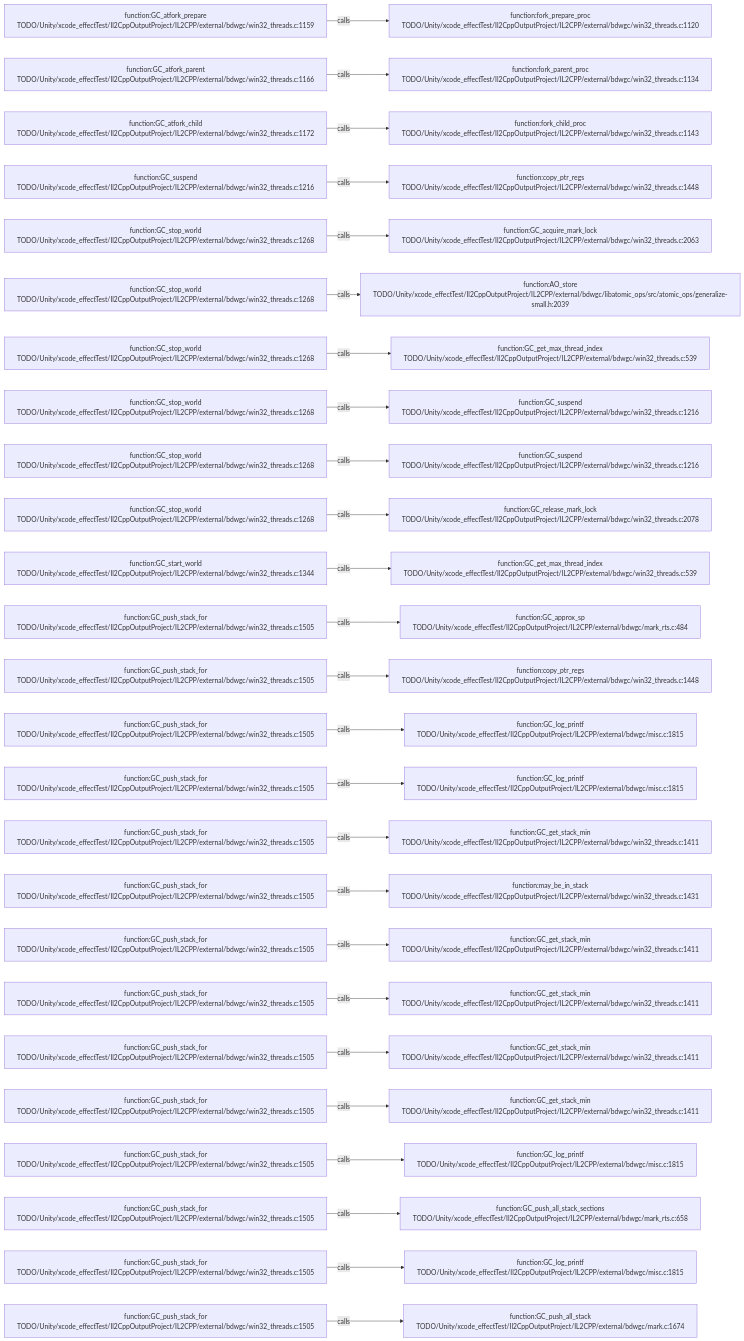
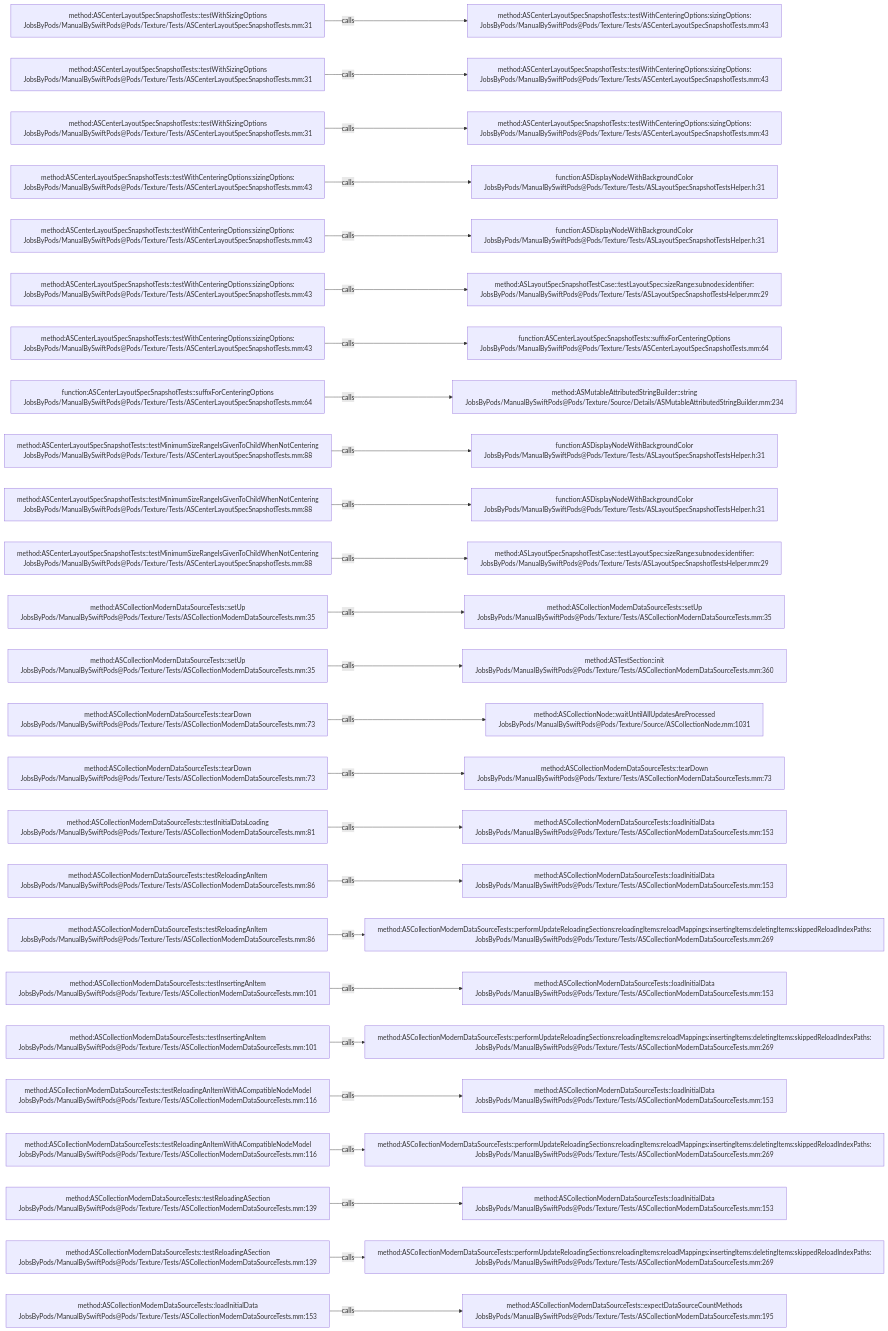
The diagram in .codegraph/codegraph.md/graphs/calls-186.md (JobsKits/JobsSwiftBaseConfigDemo), drawn with Mermaid before and after one commit. The commit also changed 2959 other files, not shown here.

````diff
--- a/.codegraph/codegraph.md/graphs/calls-186.md
+++ b/.codegraph/codegraph.md/graphs/calls-186.md
@@ -13,78 +13,78 @@
 ```mermaid
 flowchart LR
-  S1["function:GC_atfork_prepare<br/>TODO/Unity/xcode_effectTest/Il2CppOutputProject/IL2CPP/external/bdwgc/win32_threads.c:1159"]
-  T1["function:fork_prepare_proc<br/>TODO/Unity/xcode_effectTest/Il2CppOutputProject/IL2CPP/external/bdwgc/win32_threads.c:1120"]
+  S1["method:ASCenterLayoutSpecSnapshotTests::testWithSizingOptions<br/>JobsByPods/ManualBySwiftPods@Pods/Texture/Tests/ASCenterLayoutSpecSnapshotTests.mm:31"]
+  T1["method:ASCenterLayoutSpecSnapshotTests::testWithCenteringOptions:sizingOptions:<br/>JobsByPods/ManualBySwiftPods@Pods/Texture/Tests/ASCenterLayoutSpecSnapshotTests.mm:43"]
   S1 -->|calls| T1
-  S2["function:GC_atfork_parent<br/>TODO/Unity/xcode_effectTest/Il2CppOutputProject/IL2CPP/external/bdwgc/win32_threads.c:1166"]
-  T2["function:fork_parent_proc<br/>TODO/Unity/xcode_effectTest/Il2CppOutputProject/IL2CPP/external/bdwgc/win32_threads.c:1134"]
+  S2["method:ASCenterLayoutSpecSnapshotTests::testWithSizingOptions<br/>JobsByPods/ManualBySwiftPods@Pods/Texture/Tests/ASCenterLayoutSpecSnapshotTests.mm:31"]
+  T2["method:ASCenterLayoutSpecSnapshotTests::testWithCenteringOptions:sizingOptions:<br/>JobsByPods/ManualBySwiftPods@Pods/Texture/Tests/ASCenterLayoutSpecSnapshotTests.mm:43"]
   S2 -->|calls| T2
-  S3["function:GC_atfork_child<br/>TODO/Unity/xcode_effectTest/Il2CppOutputProject/IL2CPP/external/bdwgc/win32_threads.c:1172"]
-  T3["function:fork_child_proc<br/>TODO/Unity/xcode_effectTest/Il2CppOutputProject/IL2CPP/external/bdwgc/win32_threads.c:1143"]
+  S3["method:ASCenterLayoutSpecSnapshotTests::testWithSizingOptions<br/>JobsByPods/ManualBySwiftPods@Pods/Texture/Tests/ASCenterLayoutSpecSnapshotTests.mm:31"]
+  T3["method:ASCenterLayoutSpecSnapshotTests::testWithCenteringOptions:sizingOptions:<br/>JobsByPods/ManualBySwiftPods@Pods/Texture/Tests/ASCenterLayoutSpecSnapshotTests.mm:43"]
   S3 -->|calls| T3
-  S4["function:GC_suspend<br/>TODO/Unity/xcode_effectTest/Il2CppOutputProject/IL2CPP/external/bdwgc/win32_threads.c:1216"]
-  T4["function:copy_ptr_regs<br/>TODO/Unity/xcode_effectTest/Il2CppOutputProject/IL2CPP/external/bdwgc/win32_threads.c:1448"]
+  S4["method:ASCenterLayoutSpecSnapshotTests::testWithCenteringOptions:sizingOptions:<br/>JobsByPods/ManualBySwiftPods@Pods/Texture/Tests/ASCenterLayoutSpecSnapshotTests.mm:43"]
+  T4["function:ASDisplayNodeWithBackgroundColor<br/>JobsByPods/ManualBySwiftPods@Pods/Texture/Tests/ASLayoutSpecSnapshotTestsHelper.h:31"]
   S4 -->|calls| T4
-  S5["function:GC_stop_world<br/>TODO/Unity/xcode_effectTest/Il2CppOutputProject/IL2CPP/external/bdwgc/win32_threads.c:1268"]
-  T5["function:GC_acquire_mark_lock<br/>TODO/Unity/xcode_effectTest/Il2CppOutputProject/IL2CPP/external/bdwgc/win32_threads.c:2063"]
+  S5["method:ASCenterLayoutSpecSnapshotTests::testWithCenteringOptions:sizingOptions:<br/>JobsByPods/ManualBySwiftPods@Pods/Texture/Tests/ASCenterLayoutSpecSnapshotTests.mm:43"]
+  T5["function:ASDisplayNodeWithBackgroundColor<br/>JobsByPods/ManualBySwiftPods@Pods/Texture/Tests/ASLayoutSpecSnapshotTestsHelper.h:31"]
   S5 -->|calls| T5
-  S6["function:GC_stop_world<br/>TODO/Unity/xcode_effectTest/Il2CppOutputProject/IL2CPP/external/bdwgc/win32_threads.c:1268"]
-  T6["function:AO_store<br/>TODO/Unity/xcode_effectTest/Il2CppOutputProject/IL2CPP/external/bdwgc/libatomic_ops/src/atomic_ops/generalize-small.h:2039"]
+  S6["method:ASCenterLayoutSpecSnapshotTests::testWithCenteringOptions:sizingOptions:<br/>JobsByPods/ManualBySwiftPods@Pods/Texture/Tests/ASCenterLayoutSpecSnapshotTests.mm:43"]
+  T6["method:ASLayoutSpecSnapshotTestCase::testLayoutSpec:sizeRange:subnodes:identifier:<br/>JobsByPods/ManualBySwiftPods@Pods/Texture/Tests/ASLayoutSpecSnapshotTestsHelper.mm:29"]
   S6 -->|calls| T6
-  S7["function:GC_stop_world<br/>TODO/Unity/xcode_effectTest/Il2CppOutputProject/IL2CPP/external/bdwgc/win32_threads.c:1268"]
-  T7["function:GC_get_max_thread_index<br/>TODO/Unity/xcode_effectTest/Il2CppOutputProject/IL2CPP/external/bdwgc/win32_threads.c:539"]
+  S7["method:ASCenterLayoutSpecSnapshotTests::testWithCenteringOptions:sizingOptions:<br/>JobsByPods/ManualBySwiftPods@Pods/Texture/Tests/ASCenterLayoutSpecSnapshotTests.mm:43"]
+  T7["function:ASCenterLayoutSpecSnapshotTests::suffixForCenteringOptions<br/>JobsByPods/ManualBySwiftPods@Pods/Texture/Tests/ASCenterLayoutSpecSnapshotTests.mm:64"]
   S7 -->|calls| T7
-  S8["function:GC_stop_world<br/>TODO/Unity/xcode_effectTest/Il2CppOutputProject/IL2CPP/external/bdwgc/win32_threads.c:1268"]
-  T8["function:GC_suspend<br/>TODO/Unity/xcode_effectTest/Il2CppOutputProject/IL2CPP/external/bdwgc/win32_threads.c:1216"]
+  S8["function:ASCenterLayoutSpecSnapshotTests::suffixForCenteringOptions<br/>JobsByPods/ManualBySwiftPods@Pods/Texture/Tests/ASCenterLayoutSpecSnapshotTests.mm:64"]
+  T8["method:ASMutableAttributedStringBuilder::string<br/>JobsByPods/ManualBySwiftPods@Pods/Texture/Source/Details/ASMutableAttributedStringBuilder.mm:234"]
   S8 -->|calls| T8
-  S9["function:GC_stop_world<br/>TODO/Unity/xcode_effectTest/Il2CppOutputProject/IL2CPP/external/bdwgc/win32_threads.c:1268"]
-  T9["function:GC_suspend<br/>TODO/Unity/xcode_effectTest/Il2CppOutputProject/IL2CPP/external/bdwgc/win32_threads.c:1216"]
+  S9["method:ASCenterLayoutSpecSnapshotTests::testMinimumSizeRangeIsGivenToChildWhenNotCentering<br/>JobsByPods/ManualBySwiftPods@Pods/Texture/Tests/ASCenterLayoutSpecSnapshotTests.mm:88"]
+  T9["function:ASDisplayNodeWithBackgroundColor<br/>JobsByPods/ManualBySwiftPods@Pods/Texture/Tests/ASLayoutSpecSnapshotTestsHelper.h:31"]
   S9 -->|calls| T9
-  S10["function:GC_stop_world<br/>TODO/Unity/xcode_effectTest/Il2CppOutputProject/IL2CPP/external/bdwgc/win32_threads.c:1268"]
-  T10["function:GC_release_mark_lock<br/>TODO/Unity/xcode_effectTest/Il2CppOutputProject/IL2CPP/external/bdwgc/win32_threads.c:2078"]
+  S10["method:ASCenterLayoutSpecSnapshotTests::testMinimumSizeRangeIsGivenToChildWhenNotCentering<br/>JobsByPods/ManualBySwiftPods@Pods/Texture/Tests/ASCenterLayoutSpecSnapshotTests.mm:88"]
+  T10["function:ASDisplayNodeWithBackgroundColor<br/>JobsByPods/ManualBySwiftPods@Pods/Texture/Tests/ASLayoutSpecSnapshotTestsHelper.h:31"]
   S10 -->|calls| T10
-  S11["function:GC_start_world<br/>TODO/Unity/xcode_effectTest/Il2CppOutputProject/IL2CPP/external/bdwgc/win32_threads.c:1344"]
-  T11["function:GC_get_max_thread_index<br/>TODO/Unity/xcode_effectTest/Il2CppOutputProject/IL2CPP/external/bdwgc/win32_threads.c:539"]
+  S11["method:ASCenterLayoutSpecSnapshotTests::testMinimumSizeRangeIsGivenToChildWhenNotCentering<br/>JobsByPods/ManualBySwiftPods@Pods/Texture/Tests/ASCenterLayoutSpecSnapshotTests.mm:88"]
+  T11["method:ASLayoutSpecSnapshotTestCase::testLayoutSpec:sizeRange:subnodes:identifier:<br/>JobsByPods/ManualBySwiftPods@Pods/Texture/Tests/ASLayoutSpecSnapshotTestsHelper.mm:29"]
   S11 -->|calls| T11
-  S12["function:GC_push_stack_for<br/>TODO/Unity/xcode_effectTest/Il2CppOutputProject/IL2CPP/external/bdwgc/win32_threads.c:1505"]
-  T12["function:GC_approx_sp<br/>TODO/Unity/xcode_effectTest/Il2CppOutputProject/IL2CPP/external/bdwgc/mark_rts.c:484"]
+  S12["method:ASCollectionModernDataSourceTests::setUp<br/>JobsByPods/ManualBySwiftPods@Pods/Texture/Tests/ASCollectionModernDataSourceTests.mm:35"]
+  T12["method:ASCollectionModernDataSourceTests::setUp<br/>JobsByPods/ManualBySwiftPods@Pods/Texture/Tests/ASCollectionModernDataSourceTests.mm:35"]
   S12 -->|calls| T12
-  S13["function:GC_push_stack_for<br/>TODO/Unity/xcode_effectTest/Il2CppOutputProject/IL2CPP/external/bdwgc/win32_threads.c:1505"]
-  T13["function:copy_ptr_regs<br/>TODO/Unity/xcode_effectTest/Il2CppOutputProject/IL2CPP/external/bdwgc/win32_threads.c:1448"]
+  S13["method:ASCollectionModernDataSourceTests::setUp<br/>JobsByPods/ManualBySwiftPods@Pods/Texture/Tests/ASCollectionModernDataSourceTests.mm:35"]
+  T13["method:ASTestSection::init<br/>JobsByPods/ManualBySwiftPods@Pods/Texture/Tests/ASCollectionModernDataSourceTests.mm:360"]
   S13 -->|calls| T13
-  S14["function:GC_push_stack_for<br/>TODO/Unity/xcode_effectTest/Il2CppOutputProject/IL2CPP/external/bdwgc/win32_threads.c:1505"]
-  T14["function:GC_log_printf<br/>TODO/Unity/xcode_effectTest/Il2CppOutputProject/IL2CPP/external/bdwgc/misc.c:1815"]
+  S14["method:ASCollectionModernDataSourceTests::tearDown<br/>JobsByPods/ManualBySwiftPods@Pods/Texture/Tests/ASCollectionModernDataSourceTests.mm:73"]
+  T14["method:ASCollectionNode::waitUntilAllUpdatesAreProcessed<br/>JobsByPods/ManualBySwiftPods@Pods/Texture/Source/ASCollectionNode.mm:1031"]
   S14 -->|calls| T14
-  S15["function:GC_push_stack_for<br/>TODO/Unity/xcode_effectTest/Il2CppOutputProject/IL2CPP/external/bdwgc/win32_threads.c:1505"]
-  T15["function:GC_log_printf<br/>TODO/Unity/xcode_effectTest/Il2CppOutputProject/IL2CPP/external/bdwgc/misc.c:1815"]
+  S15["method:ASCollectionModernDataSourceTests::tearDown<br/>JobsByPods/ManualBySwiftPods@Pods/Texture/Tests/ASCollectionModernDataSourceTests.mm:73"]
+  T15["method:ASCollectionModernDataSourceTests::tearDown<br/>JobsByPods/ManualBySwiftPods@Pods/Texture/Tests/ASCollectionModernDataSourceTests.mm:73"]
   S15 -->|calls| T15
-  S16["function:GC_push_stack_for<br/>TODO/Unity/xcode_effectTest/Il2CppOutputProject/IL2CPP/external/bdwgc/win32_threads.c:1505"]
-  T16["function:GC_get_stack_min<br/>TODO/Unity/xcode_effectTest/Il2CppOutputProject/IL2CPP/external/bdwgc/win32_threads.c:1411"]
+  S16["method:ASCollectionModernDataSourceTests::testInitialDataLoading<br/>JobsByPods/ManualBySwiftPods@Pods/Texture/Tests/ASCollectionModernDataSourceTests.mm:81"]
+  T16["method:ASCollectionModernDataSourceTests::loadInitialData<br/>JobsByPods/ManualBySwiftPods@Pods/Texture/Tests/ASCollectionModernDataSourceTests.mm:153"]
   S16 -->|calls| T16
-  S17["function:GC_push_stack_for<br/>TODO/Unity/xcode_effectTest/Il2CppOutputProject/IL2CPP/external/bdwgc/win32_threads.c:1505"]
-  T17["function:may_be_in_stack<br/>TODO/Unity/xcode_effectTest/Il2CppOutputProject/IL2CPP/external/bdwgc/win32_threads.c:1431"]
+  S17["method:ASCollectionModernDataSourceTests::testReloadingAnItem<br/>JobsByPods/ManualBySwiftPods@Pods/Texture/Tests/ASCollectionModernDataSourceTests.mm:86"]
+  T17["method:ASCollectionModernDataSourceTests::loadInitialData<br/>JobsByPods/ManualBySwiftPods@Pods/Texture/Tests/ASCollectionModernDataSourceTests.mm:153"]
   S17 -->|calls| T17
-  S18["function:GC_push_stack_for<br/>TODO/Unity/xcode_effectTest/Il2CppOutputProject/IL2CPP/external/bdwgc/win32_threads.c:1505"]
-  T18["function:GC_get_stack_min<br/>TODO/Unity/xcode_effectTest/Il2CppOutputProject/IL2CPP/external/bdwgc/win32_threads.c:1411"]
+  S18["method:ASCollectionModernDataSourceTests::testReloadingAnItem<br/>JobsByPods/ManualBySwiftPods@Pods/Texture/Tests/ASCollectionModernDataSourceTests.mm:86"]
+  T18["method:ASCollectionModernDataSourceTests::performUpdateReloadingSections:reloadingItems:reloadMappings:insertingItems:deletingItems:skippedReloadIndexPaths:<br/>JobsByPods/ManualBySwiftPods@Pods/Texture/Tests/ASCollectionModernDataSourceTests.mm:269"]
   S18 -->|calls| T18
-  S19["function:GC_push_stack_for<br/>TODO/Unity/xcode_effectTest/Il2CppOutputProject/IL2CPP/external/bdwgc/win32_threads.c:1505"]
-  T19["function:GC_get_stack_min<br/>TODO/Unity/xcode_effectTest/Il2CppOutputProject/IL2CPP/external/bdwgc/win32_threads.c:1411"]
+  S19["method:ASCollectionModernDataSourceTests::testInsertingAnItem<br/>JobsByPods/ManualBySwiftPods@Pods/Texture/Tests/ASCollectionModernDataSourceTests.mm:101"]
+  T19["method:ASCollectionModernDataSourceTests::loadInitialData<br/>JobsByPods/ManualBySwiftPods@Pods/Texture/Tests/ASCollectionModernDataSourceTests.mm:153"]
   S19 -->|calls| T19
-  S20["function:GC_push_stack_for<br/>TODO/Unity/xcode_effectTest/Il2CppOutputProject/IL2CPP/external/bdwgc/win32_threads.c:1505"]
-  T20["function:GC_get_stack_min<br/>TODO/Unity/xcode_effectTest/Il2CppOutputProject/IL2CPP/external/bdwgc/win32_threads.c:1411"]
+  S20["method:ASCollectionModernDataSourceTests::testInsertingAnItem<br/>JobsByPods/ManualBySwiftPods@Pods/Texture/Tests/ASCollectionModernDataSourceTests.mm:101"]
+  T20["method:ASCollectionModernDataSourceTests::performUpdateReloadingSections:reloadingItems:reloadMappings:insertingItems:deletingItems:skippedReloadIndexPaths:<br/>JobsByPods/ManualBySwiftPods@Pods/Texture/Tests/ASCollectionModernDataSourceTests.mm:269"]
   S20 -->|calls| T20
-  S21["function:GC_push_stack_for<br/>TODO/Unity/xcode_effectTest/Il2CppOutputProject/IL2CPP/external/bdwgc/win32_threads.c:1505"]
-  T21["function:GC_get_stack_min<br/>TODO/Unity/xcode_effectTest/Il2CppOutputProject/IL2CPP/external/bdwgc/win32_threads.c:1411"]
+  S21["method:ASCollectionModernDataSourceTests::testReloadingAnItemWithACompatibleNodeModel<br/>JobsByPods/ManualBySwiftPods@Pods/Texture/Tests/ASCollectionModernDataSourceTests.mm:116"]
+  T21["method:ASCollectionModernDataSourceTests::loadInitialData<br/>JobsByPods/ManualBySwiftPods@Pods/Texture/Tests/ASCollectionModernDataSourceTests.mm:153"]
   S21 -->|calls| T21
-  S22["function:GC_push_stack_for<br/>TODO/Unity/xcode_effectTest/Il2CppOutputProject/IL2CPP/external/bdwgc/win32_threads.c:1505"]
-  T22["function:GC_log_printf<br/>TODO/Unity/xcode_effectTest/Il2CppOutputProject/IL2CPP/external/bdwgc/misc.c:1815"]
+  S22["method:ASCollectionModernDataSourceTests::testReloadingAnItemWithACompatibleNodeModel<br/>JobsByPods/ManualBySwiftPods@Pods/Texture/Tests/ASCollectionModernDataSourceTests.mm:116"]
+  T22["method:ASCollectionModernDataSourceTests::performUpdateReloadingSections:reloadingItems:reloadMappings:insertingItems:deletingItems:skippedReloadIndexPaths:<br/>JobsByPods/ManualBySwiftPods@Pods/Texture/Tests/ASCollectionModernDataSourceTests.mm:269"]
   S22 -->|calls| T22
-  S23["function:GC_push_stack_for<br/>TODO/Unity/xcode_effectTest/Il2CppOutputProject/IL2CPP/external/bdwgc/win32_threads.c:1505"]
-  T23["function:GC_push_all_stack_sections<br/>TODO/Unity/xcode_effectTest/Il2CppOutputProject/IL2CPP/external/bdwgc/mark_rts.c:658"]
+  S23["method:ASCollectionModernDataSourceTests::testReloadingASection<br/>JobsByPods/ManualBySwiftPods@Pods/Texture/Tests/ASCollectionModernDataSourceTests.mm:139"]
+  T23["method:ASCollectionModernDataSourceTests::loadInitialData<br/>JobsByPods/ManualBySwiftPods@Pods/Texture/Tests/ASCollectionModernDataSourceTests.mm:153"]
   S23 -->|calls| T23
-  S24["function:GC_push_stack_for<br/>TODO/Unity/xcode_effectTest/Il2CppOutputProject/IL2CPP/external/bdwgc/win32_threads.c:1505"]
-  T24["function:GC_log_printf<br/>TODO/Unity/xcode_effectTest/Il2CppOutputProject/IL2CPP/external/bdwgc/misc.c:1815"]
+  S24["method:ASCollectionModernDataSourceTests::testReloadingASection<br/>JobsByPods/ManualBySwiftPods@Pods/Texture/Tests/ASCollectionModernDataSourceTests.mm:139"]
+  T24["method:ASCollectionModernDataSourceTests::performUpdateReloadingSections:reloadingItems:reloadMappings:insertingItems:deletingItems:skippedReloadIndexPaths:<br/>JobsByPods/ManualBySwiftPods@Pods/Texture/Tests/ASCollectionModernDataSourceTests.mm:269"]
   S24 -->|calls| T24
-  S25["function:GC_push_stack_for<br/>TODO/Unity/xcode_effectTest/Il2CppOutputProject/IL2CPP/external/bdwgc/win32_threads.c:1505"]
-  T25["function:GC_push_all_stack<br/>TODO/Unity/xcode_effectTest/Il2CppOutputProject/IL2CPP/external/bdwgc/mark.c:1674"]
+  S25["method:ASCollectionModernDataSourceTests::loadInitialData<br/>JobsByPods/ManualBySwiftPods@Pods/Texture/Tests/ASCollectionModernDataSourceTests.mm:153"]
+  T25["method:ASCollectionModernDataSourceTests::expectDataSourceCountMethods<br/>JobsByPods/ManualBySwiftPods@Pods/Texture/Tests/ASCollectionModernDataSourceTests.mm:195"]
   S25 -->|calls| T25
 ```
````
